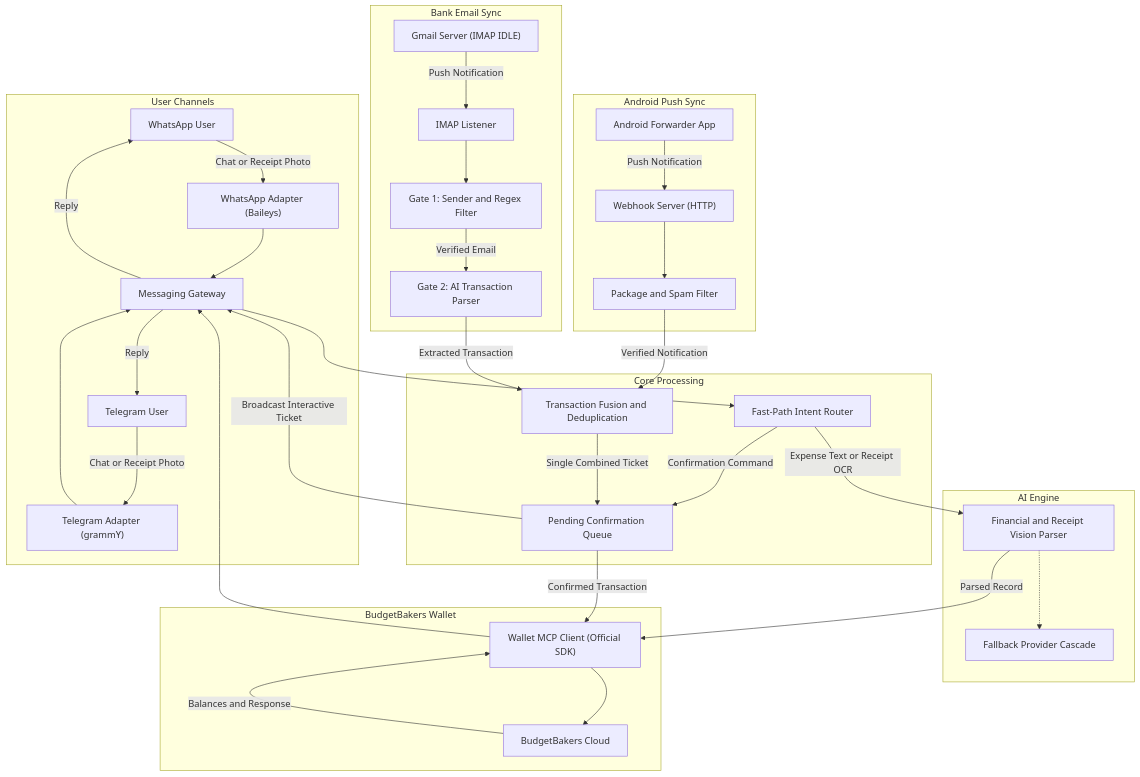
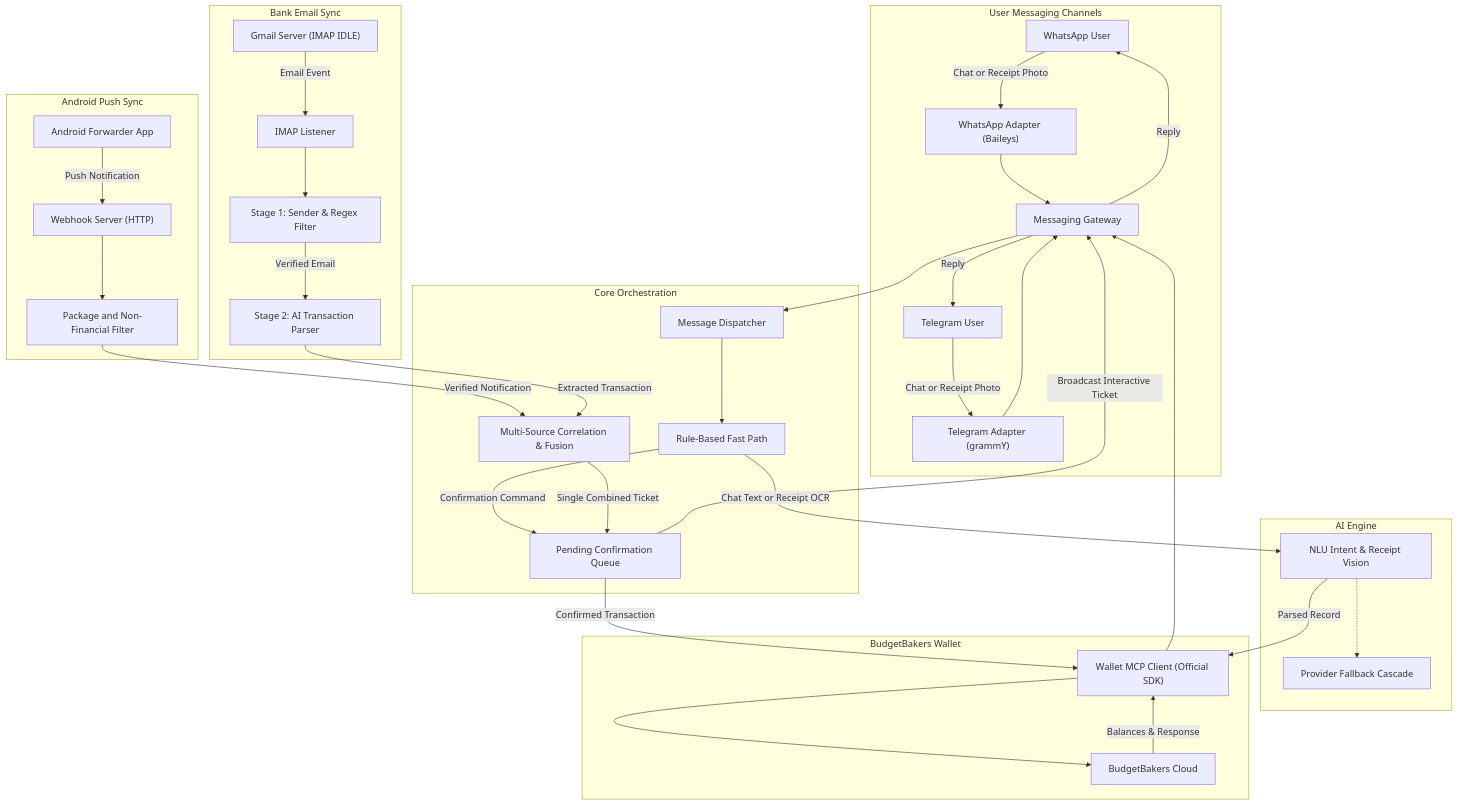
The diagram in README.md (Churma16/wallet-mcp-budgetbakers-bot), drawn with Mermaid before and after one commit. The commit also changed other lines of this file, not shown here.

````diff
--- a/README.md
+++ b/README.md
@@ -35,68 +190,71 @@
 ```mermaid
 flowchart TD
-    subgraph Channels ["User Channels"]
+    subgraph Channels ["User Messaging Channels"]
         UserWA["WhatsApp User"]
         UserTG["Telegram User"]
         AdapterWA["WhatsApp Adapter (Baileys)"]
         AdapterTG["Telegram Adapter (grammY)"]
         Gateway["Messaging Gateway"]
     end
 
     subgraph Mobile_Sync ["Android Push Sync"]
         AndroidApp["Android Forwarder App"]
         Webhook["Webhook Server (HTTP)"]
-        GateAndroid["Package and Spam Filter"]
+        GateAndroid["Package and Non-Financial Filter"]
     end
 
     subgraph Email_Sync ["Bank Email Sync"]
         Gmail["Gmail Server (IMAP IDLE)"]
         Listener["IMAP Listener"]
-        Gate1["Gate 1: Sender and Regex Filter"]
-        Gate2["Gate 2: AI Transaction Parser"]
+        Gate1["Stage 1: Sender & Regex Filter"]
+        Gate2["Stage 2: AI Transaction Parser"]
     end
 
-    subgraph Core ["Core Processing"]
-        Fusion["Transaction Fusion and Deduplication"]
-        FastPath["Fast-Path Intent Router"]
+    subgraph Core ["Core Orchestration"]
+        Fusion["Multi-Source Correlation & Fusion"]
+        FastPath["Rule-Based Fast Path"]
         PendingMgr["Pending Confirmation Queue"]
+        Dispatcher["Message Dispatcher"]
     end
 
     subgraph AI ["AI Engine"]
-        LLMParser["Financial and Receipt Vision Parser"]
-        ModelFallback["Fallback Provider Cascade"]
+        LLMParser["NLU Intent & Receipt Vision"]
+        ModelFallback["Provider Fallback Cascade"]
     end
 
     subgraph Wallet ["BudgetBakers Wallet"]
         McpClient["Wallet MCP Client (Official SDK)"]
         BBCloud["BudgetBakers Cloud"]
     end
 
     UserWA -->|Chat or Receipt Photo| AdapterWA
     UserTG -->|Chat or Receipt Photo| AdapterTG
     AdapterWA --> Gateway
     AdapterTG --> Gateway
-    Gateway --> FastPath
+    Gateway --> Dispatcher
+
+    Dispatcher --> FastPath
     FastPath -->|Confirmation Command| PendingMgr
-    FastPath -->|Expense Text or Receipt OCR| LLMParser
+    FastPath -->|Chat Text or Receipt OCR| LLMParser
     LLMParser -.-> ModelFallback
     LLMParser -->|Parsed Record| McpClient
 
     AndroidApp -->|Push Notification| Webhook
     Webhook --> GateAndroid
     GateAndroid -->|Verified Notification| Fusion
 
-    Gmail -->|Push Notification| Listener
+    Gmail -->|Email Event| Listener
     Listener --> Gate1
     Gate1 -->|Verified Email| Gate2
     Gate2 -->|Extracted Transaction| Fusion
 
     Fusion -->|Single Combined Ticket| PendingMgr
     PendingMgr -->|Broadcast Interactive Ticket| Gateway
     PendingMgr -->|Confirmed Transaction| McpClient
 
     McpClient --> BBCloud
-    BBCloud -->|Balances and Response| McpClient
+    BBCloud -->|Balances & Response| McpClient
     McpClient --> Gateway
     Gateway -->|Reply| UserWA
     Gateway -->|Reply| UserTG
 ```
````
